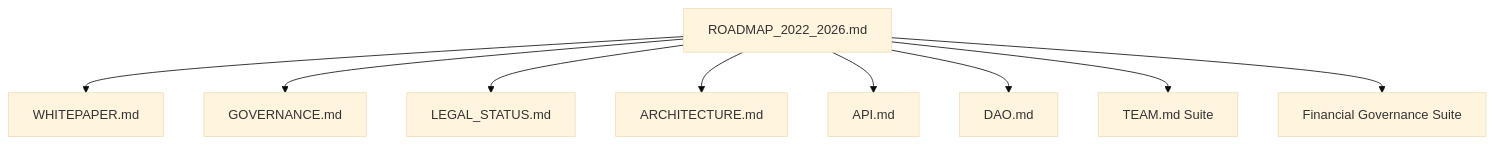
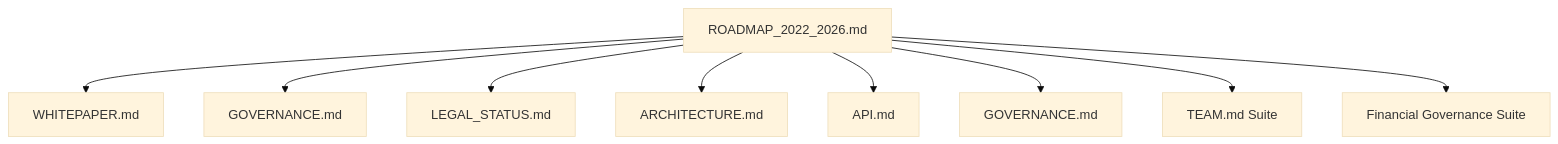
One commit to Celo-HaiTi/CeloHT changed the eighth of 8 diagrams in ROADMAP_2022_2026.md. Above: the diagram before and after it, drawn with Mermaid (base theme). The commit also changed other lines of this file and 12 other files, not shown here.

````diff
--- a/ROADMAP_2022_2026.md
+++ b/ROADMAP_2022_2026.md
@@ -1142,11 +1142,11 @@
 ```mermaid
 graph TD
     R[ROADMAP_2022_2026.md] --> W[WHITEPAPER.md]
     R --> G[GOVERNANCE.md]
     R --> L[LEGAL_STATUS.md]
     R --> A[ARCHITECTURE.md]
     R --> API[API.md]
-    R --> D[DAO.md]
+    R --> D[GOVERNANCE.md]
     R --> T[TEAM.md Suite]
     R --> F[Financial Governance Suite]
 ```
````
